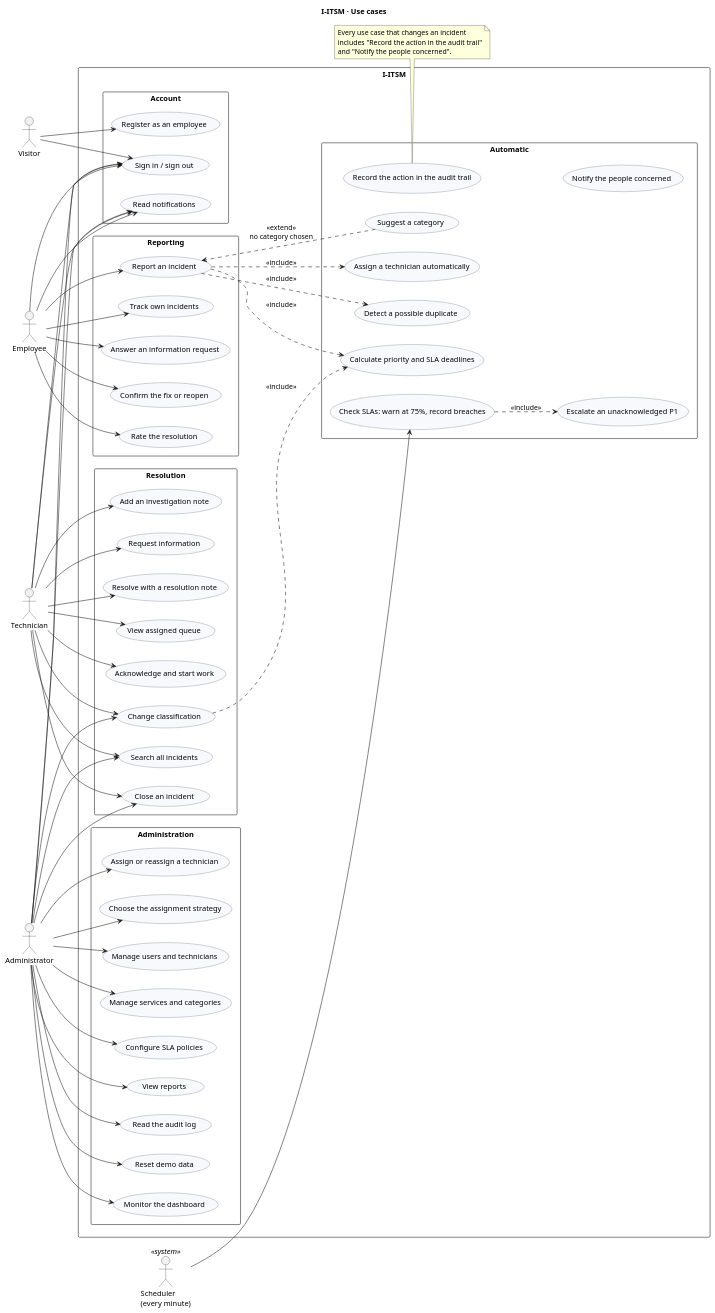
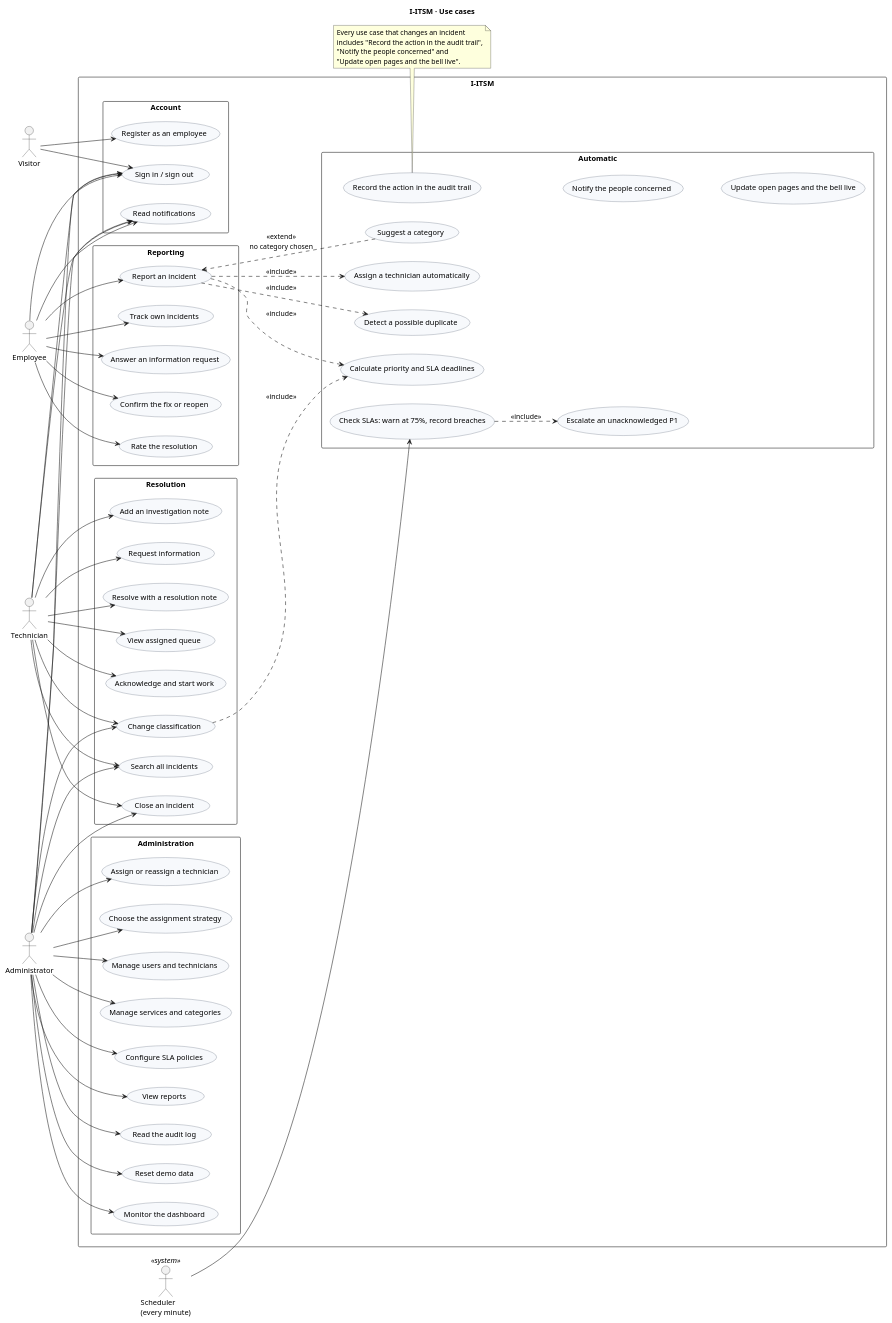
One commit to PresidentOfBirTawil/itsm changed the diagram in docs/diagrams/use-case.puml. Above: the diagram before and after it, drawn with PlantUML. The commit also changed 37 other files, not shown here.

```diff
--- a/docs/diagrams/use-case.puml
+++ b/docs/diagrams/use-case.puml
@@ -1,122 +1,125 @@
 @startuml use-case
 ' Use case diagram: who can do what in I-ITSM.
 title I-ITSM · Use cases
 
 left to right direction
 skinparam packageStyle rectangle
 skinparam shadowing false
 skinparam usecase {
   BackgroundColor #F7F9FC
   BorderColor #4A5568
 }
 
 actor "Visitor" as Visitor
 actor "Employee" as Employee
 actor "Technician" as Technician
 actor "Administrator" as Admin
 actor "Scheduler\n(every minute)" as Timer <<system>>
 
 rectangle "I-ITSM" {
 
   package "Account" {
     usecase "Register as an employee" as UC_Register
     usecase "Sign in / sign out" as UC_Login
     usecase "Read notifications" as UC_Notifications
   }
 
   package "Reporting" {
     usecase "Report an incident" as UC_Report
     usecase "Track own incidents" as UC_Track
     usecase "Answer an information request" as UC_Answer
     usecase "Confirm the fix or reopen" as UC_Verify
     usecase "Rate the resolution" as UC_Rate
   }
 
   package "Resolution" {
     usecase "View assigned queue" as UC_Queue
     usecase "Acknowledge and start work" as UC_Ack
     usecase "Add an investigation note" as UC_Note
     usecase "Request information" as UC_Request
     usecase "Resolve with a resolution note" as UC_Resolve
     usecase "Change classification" as UC_Reclassify
     usecase "Search all incidents" as UC_Search
     usecase "Close an incident" as UC_Close
   }
 
   package "Administration" {
     usecase "Monitor the dashboard" as UC_Dashboard
     usecase "Assign or reassign a technician" as UC_Assign
     usecase "Choose the assignment strategy" as UC_Strategy
     usecase "Manage users and technicians" as UC_Users
     usecase "Manage services and categories" as UC_Catalogue
     usecase "Configure SLA policies" as UC_Sla
     usecase "View reports" as UC_Reports
     usecase "Read the audit log" as UC_Audit
     usecase "Reset demo data" as UC_Reset
   }
 
   package "Automatic" {
     usecase "Calculate priority and SLA deadlines" as UC_Priority
     usecase "Suggest a category" as UC_Suggest
     usecase "Detect a possible duplicate" as UC_Duplicate
     usecase "Assign a technician automatically" as UC_AutoAssign
     usecase "Record the action in the audit trail" as UC_Trail
     usecase "Notify the people concerned" as UC_Notify
+    usecase "Update open pages and the bell live" as UC_Live
     usecase "Check SLAs: warn at 75%, record breaches" as UC_Check
     usecase "Escalate an unacknowledged P1" as UC_Escalate
   }
 }
 
 Visitor --> UC_Register
 Visitor --> UC_Login
 
 Employee --> UC_Login
 Employee --> UC_Notifications
 Employee --> UC_Report
 Employee --> UC_Track
 Employee --> UC_Answer
 Employee --> UC_Verify
 Employee --> UC_Rate
 
 Technician --> UC_Login
 Technician --> UC_Notifications
 Technician --> UC_Queue
 Technician --> UC_Ack
 Technician --> UC_Note
 Technician --> UC_Request
 Technician --> UC_Resolve
 Technician --> UC_Reclassify
 Technician --> UC_Search
 Technician --> UC_Close
 
 Admin --> UC_Login
 Admin --> UC_Notifications
 Admin --> UC_Dashboard
 Admin --> UC_Assign
 Admin --> UC_Strategy
 Admin --> UC_Users
 Admin --> UC_Catalogue
 Admin --> UC_Sla
 Admin --> UC_Reports
 Admin --> UC_Audit
 Admin --> UC_Reset
 Admin --> UC_Search
 Admin --> UC_Reclassify
 Admin --> UC_Close
 
 Timer --> UC_Check
 
 UC_Report ..> UC_Priority : <<include>>
 UC_Report ..> UC_AutoAssign : <<include>>
 UC_Report ..> UC_Duplicate : <<include>>
 UC_Suggest ..> UC_Report : <<extend>>\nno category chosen
 UC_Reclassify ..> UC_Priority : <<include>>
 UC_Check ..> UC_Escalate : <<include>>
 
 note bottom of UC_Trail
   Every use case that changes an incident
-  includes "Record the action in the audit trail"
-  and "Notify the people concerned".
+  includes "Record the action in the audit trail",
+  "Notify the people concerned" and
+  "Update open pages and the bell live".
 end note
 UC_Trail -[hidden]- UC_Notify
+UC_Notify -[hidden]- UC_Live
 @enduml
```
